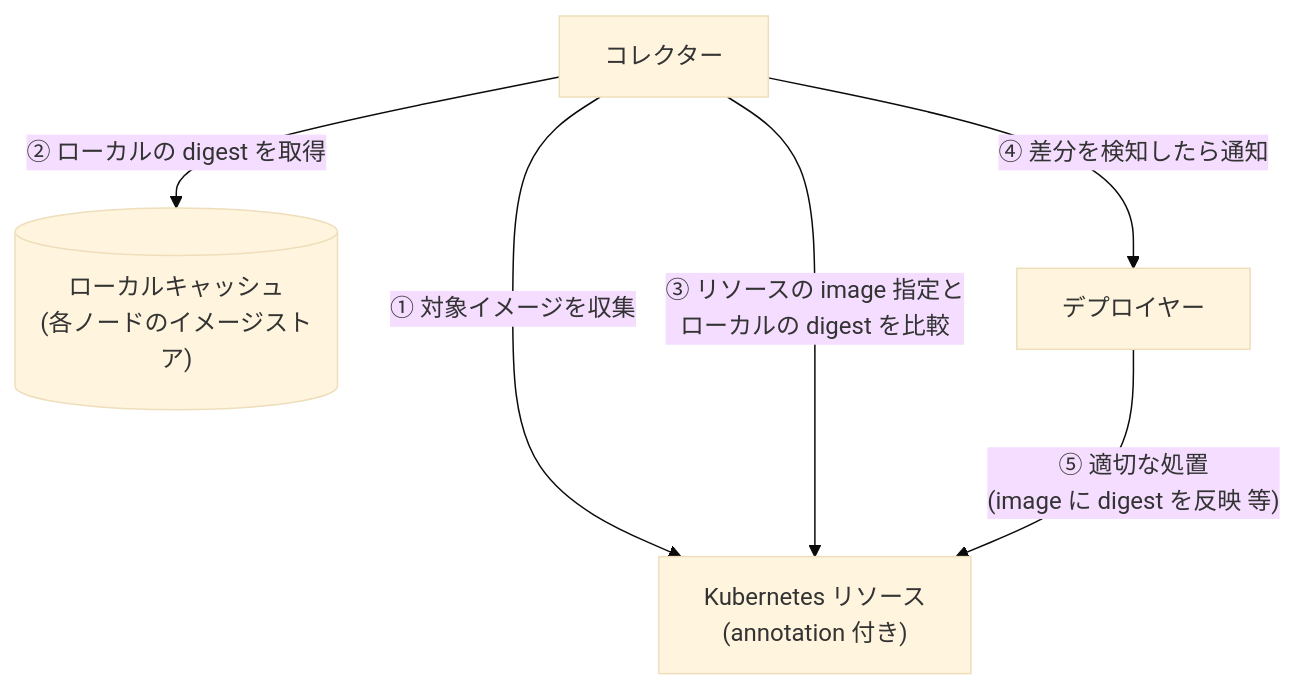
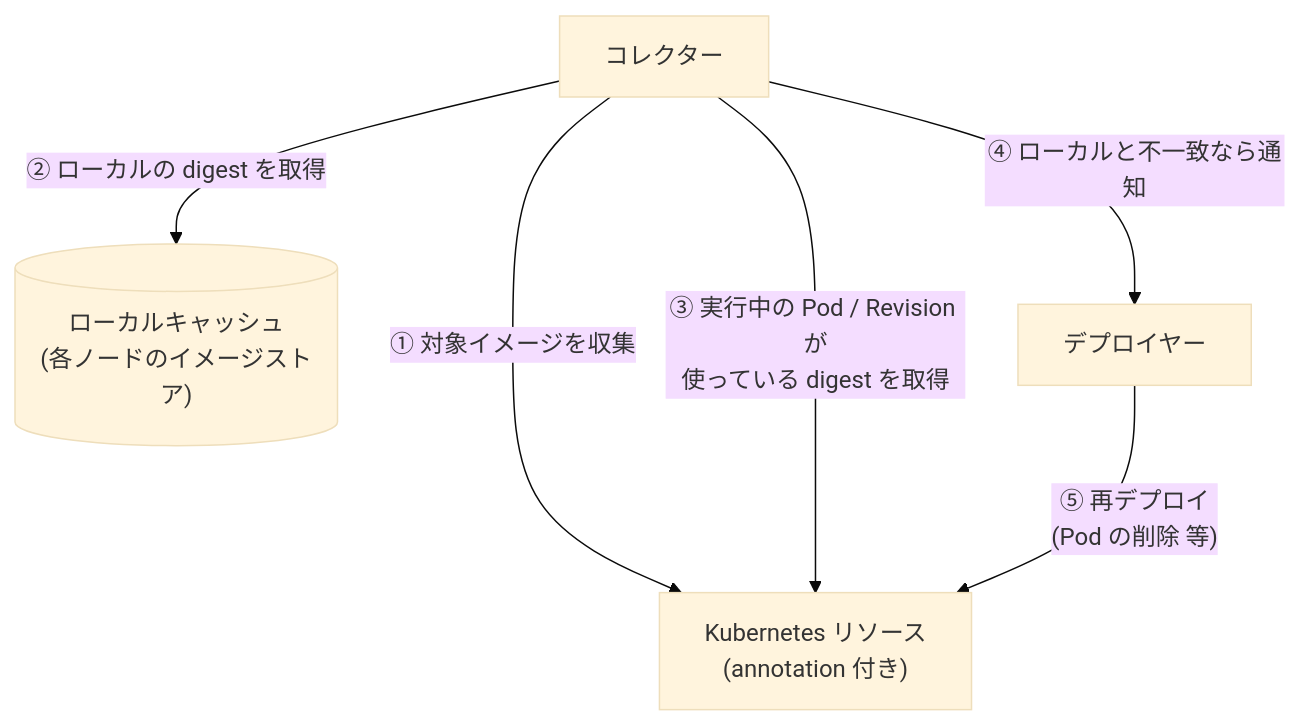
One commit to sasano8/kube-floatingtag-pinner changed the second of 2 diagrams in README.md. Above: the diagram before and after it, drawn with Mermaid (base theme). The commit also changed other lines of this file and 1 other file, not shown here.

First line of the commit message:
第二段階を「実行中の digest とローカルキャッシュを比べて再デプロイ」に改め、image への digest 書き込み案を不採用に

````diff
--- a/README.md
+++ b/README.md
@@ -52,13 +52,13 @@
 ```mermaid
 flowchart TB
     K["Kubernetes リソース<br/>(annotation 付き)"]
     C["コレクター"]
     L[("ローカルキャッシュ<br/>(各ノードのイメージストア)")]
     D["デプロイヤー"]
 
     C -- "① 対象イメージを収集" --> K
     C -- "② ローカルの digest を取得" --> L
-    C -- "③ リソースの image 指定と<br/>ローカルの digest を比較" --> K
-    C -- "④ 差分を検知したら通知" --> D
-    D -- "⑤ 適切な処置<br/>(image に digest を反映 等)" --> K
+    C -- "③ 実行中の Pod / Revision が<br/>使っている digest を取得" --> K
+    C -- "④ ローカルと不一致なら通知" --> D
+    D -- "⑤ 再デプロイ<br/>(Pod の削除 等)" --> K
 ```
````
